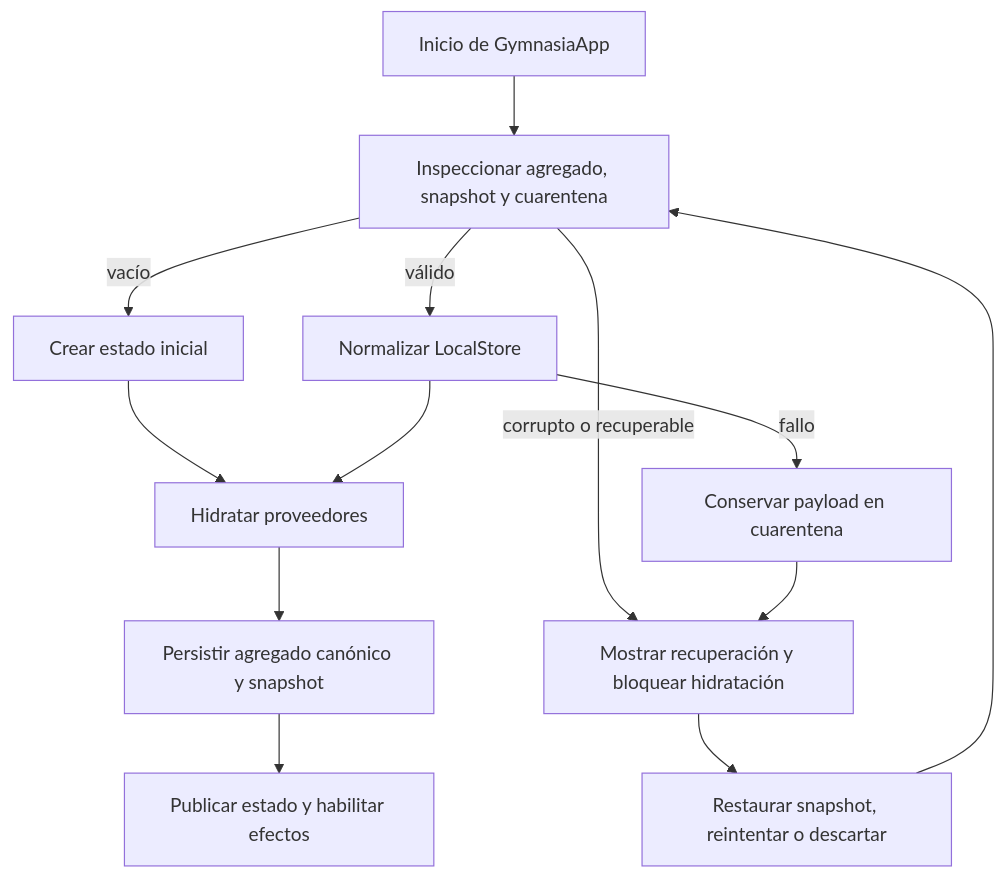
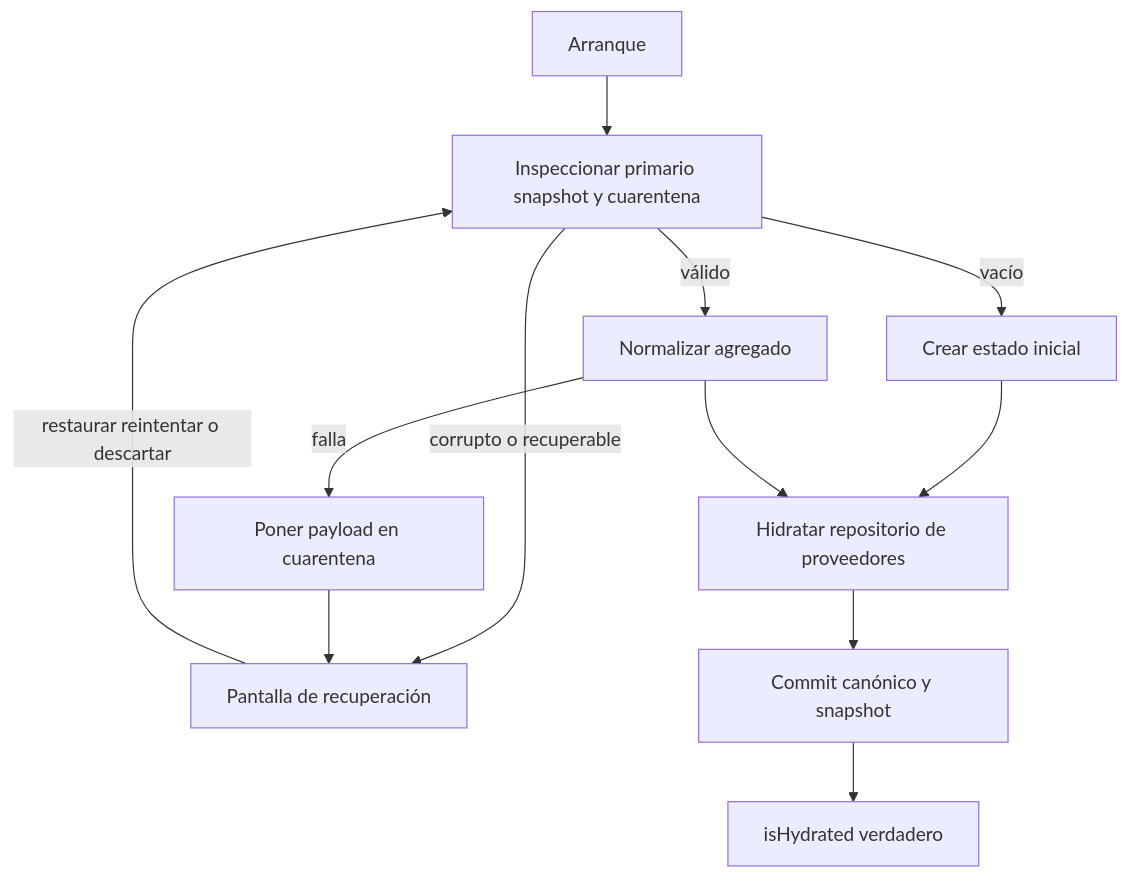
One commit to maximofn/gymnasia changed the first of 2 diagrams in openwiki/mobile/local-state-and-backup.md. Above: the diagram before and after it, drawn with Mermaid. The commit also changed other lines of this file and 54 other files, not shown here.

````diff
--- a/openwiki/mobile/local-state-and-backup.md
+++ b/openwiki/mobile/local-state-and-backup.md
@@ -69,15 +67,14 @@
 ```mermaid
 flowchart TD
-  Boot["Inicio de GymnasiaApp"] --> Inspect["Inspeccionar agregado, snapshot y cuarentena"]
+  Start["Arranque"] --> Inspect["Inspeccionar primario snapshot y cuarentena"]
   Inspect -->|"vacío"| Initial["Crear estado inicial"]
-  Inspect -->|"válido"| Normalize["Normalizar LocalStore"]
-  Inspect -->|"corrupto o recuperable"| Locked["Mostrar recuperación y bloquear hidratación"]
-  Normalize -->|"fallo"| Quarantine["Conservar payload en cuarentena"]
-  Quarantine --> Locked
-  Initial --> Providers["Hidratar proveedores"]
+  Inspect -->|"válido"| Normalize["Normalizar agregado"]
+  Inspect -->|"corrupto o recuperable"| Recovery["Pantalla de recuperación"]
+  Normalize -->|"falla"| Quarantine["Poner payload en cuarentena"]
+  Quarantine --> Recovery
+  Initial --> Providers["Hidratar repositorio de proveedores"]
   Normalize --> Providers
-  Providers --> Commit["Persistir agregado canónico y snapshot"]
-  Commit --> Ready["Publicar estado y habilitar efectos"]
-  Locked --> Resolve["Restaurar snapshot, reintentar o descartar"]
-  Resolve --> Inspect
+  Providers --> Commit["Commit canónico y snapshot"]
+  Commit --> Ready["isHydrated verdadero"]
+  Recovery -->|"restaurar reintentar o descartar"| Inspect
 ```
````
